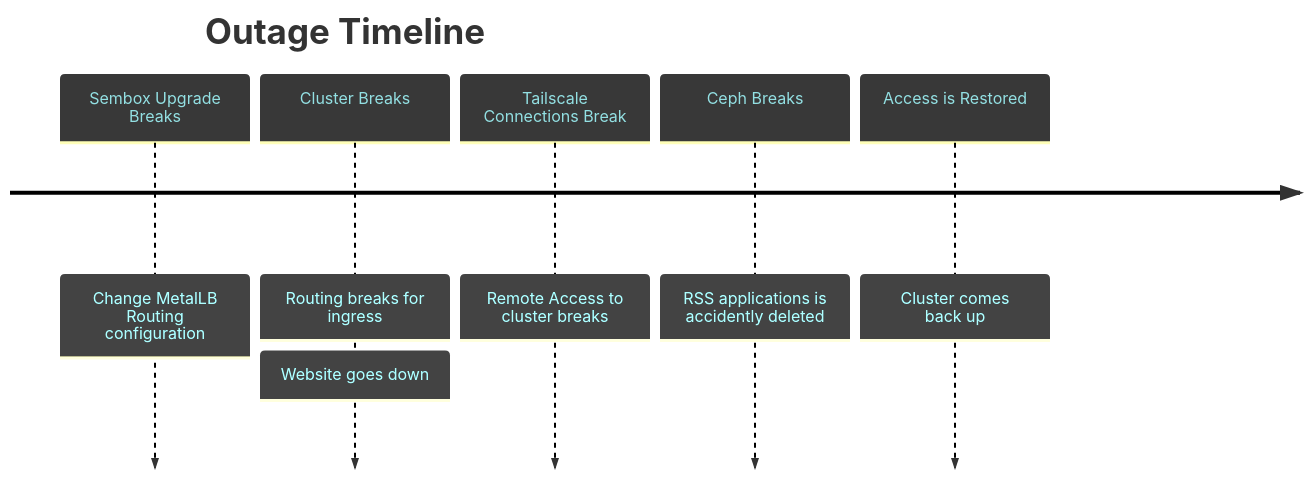
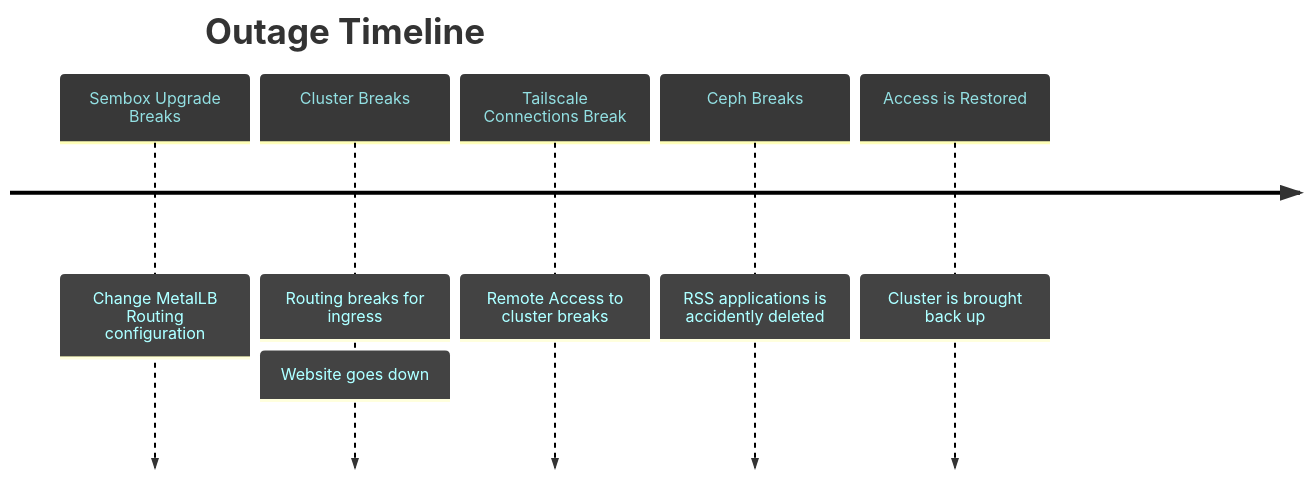
One commit to sachiniyer/blog changed the diagram in content/posts/12.md. Above: the diagram before and after it, drawn with Mermaid. The commit also changed other lines of this file, not shown here.

````diff
--- a/content/posts/12.md
+++ b/content/posts/12.md
@@ -10,15 +26,15 @@
 ```mermaid
 %%{init: { 'logLevel': 'debug', 'theme': 'default' , 'timeline': {'disableMulticolor': true}, 'themeVariables': {
           'cScale0': '#383838', 'cScaleLabel0': '#93e0e3', 
           'cScale1': '#383838', 'cScaleLabel1': '#cc9393',
           'cScale2': '#383838', 'cScaleLabel2': '#f0dfaf',
           'cScale3': '#383838', 'cScaleLabel3': '#7f9f7f'
    } } }%%
 timeline
  title Outage Timeline
    Sembox Upgrade Breaks : Change MetalLB Routing configuration
    Cluster Breaks : Routing breaks for ingress : Website goes down
    Tailscale Connections Break : Remote Access to cluster breaks
    Ceph Breaks : RSS applications is accidently deleted
-   Access is Restored : Cluster comes back up
+   Access is Restored : Cluster is brought back up
 ```
````
